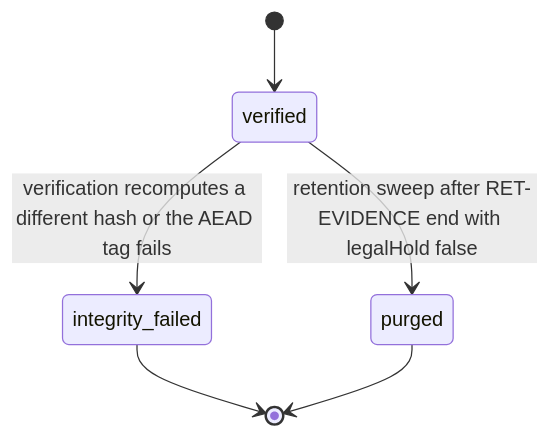
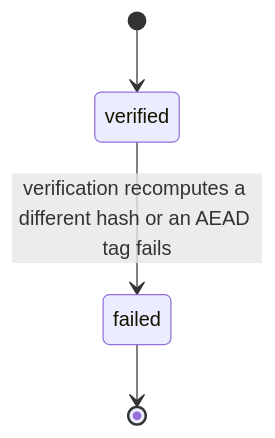
One commit to djshellshoxxx/CLASSifiedisRUPTed changed the second of 3 diagrams in 12_Moderation/01_reporting/mod_evidence/workflow_state_machine.md. Above: the diagram before and after it, drawn with Mermaid. The commit also changed other lines of this file and 343 other files, not shown here.

````diff
--- a/12_Moderation/01_reporting/mod_evidence/workflow_state_machine.md
+++ b/12_Moderation/01_reporting/mod_evidence/workflow_state_machine.md
@@ -24,8 +41,6 @@
 ```mermaid
 stateDiagram-v2
   [*] --> verified
-  verified --> integrity_failed: verification recomputes a different hash or the AEAD tag fails
-  verified --> purged: retention sweep after RET-EVIDENCE end with legalHold false
-  integrity_failed --> [*]
-  purged --> [*]
+  verified --> failed: verification recomputes a different hash or an AEAD tag fails
+  failed --> [*]
 ```
````
